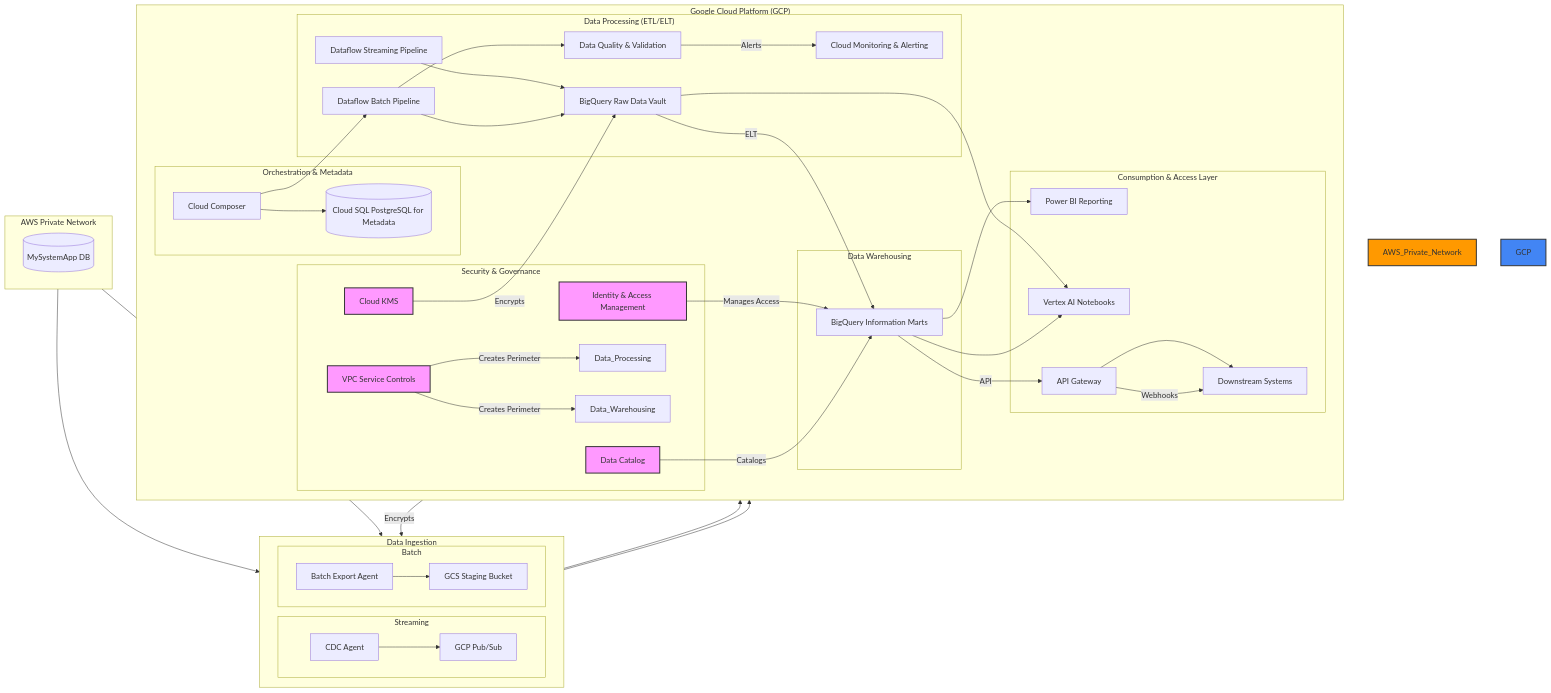
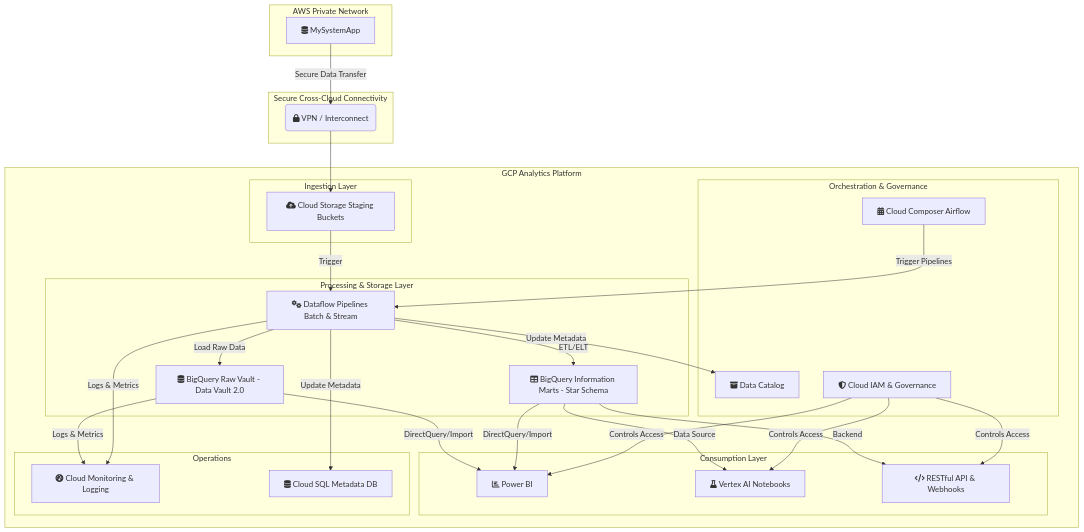
One commit to hulkamaphone/terraform_documenter changed the first of 3 diagrams in README.md. Above: the diagram before and after it, drawn with Mermaid. The commit also changed other lines of this file, not shown here.

````diff
--- a/README.md
+++ b/README.md
@@ -137,68 +146,57 @@
 ```mermaid
 graph TD
     subgraph "AWS Private Network"
-        direction LR
-        MySystemAppDB[(MySystemApp DB)]
+        A[fa:fa-database MySystemApp]
     end
 
-    subgraph "Data Ingestion"
-        direction LR
-        subgraph "Streaming"
-            AWS_CDC_Agent[CDC Agent] --> PubSub[GCP Pub/Sub]
+    subgraph "Secure Cross-Cloud Connectivity"
+        B(fa:fa-lock VPN / Interconnect)
+    end
+
+    subgraph "GCP Analytics Platform"
+        subgraph "Ingestion Layer"
+            C[fa:fa-cloud-upload-alt Cloud Storage Staging Buckets]
         end
-        subgraph "Batch"
-            AWS_Batch_Agent[Batch Export Agent] --> GCS_Staging[GCS Staging Bucket]
+
+        subgraph "Processing & Storage Layer"
+            D[fa:fa-cogs Dataflow Pipelines Batch & Stream]
+            E[fa:fa-database BigQuery Raw Vault - Data Vault 2.0]
+            F[fa:fa-table BigQuery Information Marts - Star Schema]
+        end
+
+        subgraph "Consumption Layer"
+            G[fa:fa-chart-bar Power BI]
+            H[fa:fa-flask Vertex AI Notebooks]
+            I[fa:fa-code RESTful API & Webhooks]
+        end
+
+        subgraph "Orchestration & Governance"
+            J[fa:fa-calendar-alt Cloud Composer Airflow]
+            K[fa:fa-archive Data Catalog]
+            L[fa:fa-shield-alt Cloud IAM & Governance]
+        end
+
+        subgraph "Operations"
+            M[fa:fa-tachometer-alt Cloud Monitoring & Logging]
+            N[fa:fa-database Cloud SQL Metadata DB]
         end
     end
 
-    subgraph "Google Cloud Platform (GCP)"
-        direction LR
-        subgraph "Data Processing (ETL/ELT)"
-            PubSub --> Dataflow_Stream[Dataflow Streaming Pipeline]
-            GCS_Staging --> Dataflow_Batch[Dataflow Batch Pipeline]
-            Dataflow_Stream --> BQ_DataVault[BigQuery Raw Data Vault]
-            Dataflow_Batch --> BQ_DataVault
-            Dataflow_Batch --> Data_Quality[Data Quality & Validation]
-            Data_Quality -- Alerts --> Monitoring[Cloud Monitoring & Alerting]
-        end
-
-        subgraph "Data Warehousing"
-            BQ_DataVault -- ELT --> BQ_InfoMarts[BigQuery Information Marts]
-        end
-
-        subgraph "Orchestration & Metadata"
-            Composer[Cloud Composer] --> Dataflow_Batch
-            CloudSQL[(Cloud SQL PostgreSQL for Metadata)]
-            Composer --> CloudSQL
-        end
-
-        subgraph "Consumption & Access Layer"
-            BQ_InfoMarts --> PowerBI[Power BI Reporting]
-            BQ_DataVault --> VertexAI[Vertex AI Notebooks]
-            BQ_InfoMarts --> VertexAI
-            BQ_InfoMarts -- API --> APIGateway[API Gateway]
-            APIGateway --> Downstream_Systems[Downstream Systems]
-            APIGateway -- Webhooks --> Downstream_Systems
-        end
-
-        subgraph "Security & Governance"
-            IAM[Identity & Access Management]:::sec
-            KMS[Cloud KMS]:::sec
-            VPC_SC[VPC Service Controls]:::sec
-            Data_Catalog[Data Catalog]:::sec
-            IAM -- Manages Access --> BQ_InfoMarts
-            KMS -- Encrypts --> GCS_Staging
-            KMS -- Encrypts --> BQ_DataVault
-            VPC_SC -- Creates Perimeter --> Data_Processing
-            VPC_SC -- Creates Perimeter --> Data_Warehousing
-            Data_Catalog -- Catalogs --> BQ_InfoMarts
-        end
-    end
-
-    MySystemAppDB --> AWS_CDC_Agent
-    MySystemAppDB --> AWS_Batch_Agent
-
-    style AWS_Private_Network fill:#FF9900,stroke:#333,stroke-width:2px
-    style GCP fill:#4285F4,stroke:#333,stroke-width:2px
-    classDef sec fill:#f9f,stroke:#333,stroke-width:2px
+    A -- "Secure Data Transfer" --> B
+    B --> C
+    C -- "Trigger" --> D
+    D -- "Load Raw Data" --> E
+    D -- "ETL/ELT" --> F
+    E -- "DirectQuery/Import" --> G
+    F -- "DirectQuery/Import" --> G
+    F -- "Data Source" --> H
+    F -- "Backend" --> I
+    J -- "Trigger Pipelines" --> D
+    D -- "Update Metadata" --> K
+    D -- "Update Metadata" --> N
+    L -- "Controls Access" --> G
+    L -- "Controls Access" --> H
+    L -- "Controls Access" --> I
+    E -- "Logs & Metrics" --> M
+    D -- "Logs & Metrics" --> M
 ```
````
